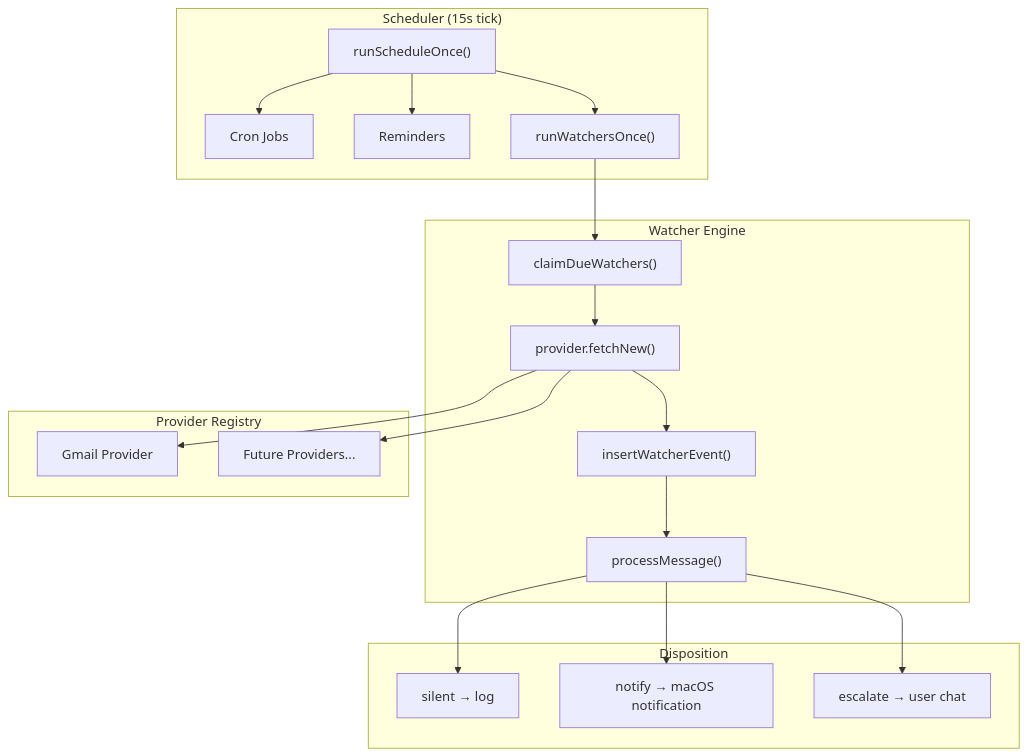
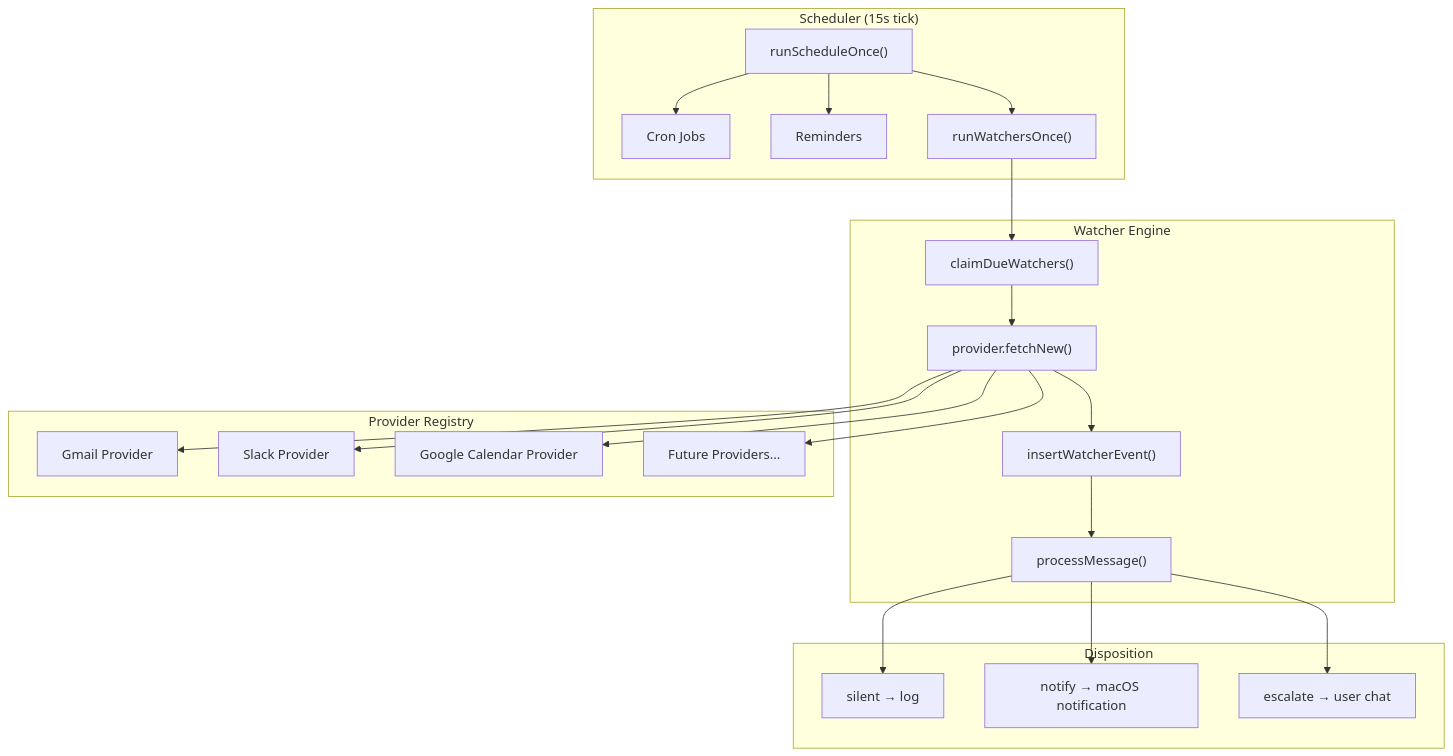
Before and after one commit to vellum-ai/vellum-assistant: diagram 42 of 42 in ARCHITECTURE.md, drawn with Mermaid. The commit also changed other lines of this file and 60 other files, not shown here.

````diff
--- a/ARCHITECTURE.md
+++ b/ARCHITECTURE.md
@@ -2747,40 +2820,44 @@
 ```mermaid
 graph TD
     subgraph "Scheduler (15s tick)"
         TICK["runScheduleOnce()"]
         CRON["Cron Jobs"]
         REMIND["Reminders"]
         WATCH["runWatchersOnce()"]
     end
 
     subgraph "Watcher Engine"
         CLAIM["claimDueWatchers()"]
         POLL["provider.fetchNew()"]
         DEDUP["insertWatcherEvent()"]
         PROCESS["processMessage()"]
     end
 
     subgraph "Provider Registry"
         GMAIL["Gmail Provider"]
+        SLACK_W["Slack Provider"]
+        GCAL["Google Calendar Provider"]
         FUTURE["Future Providers..."]
     end
 
     subgraph "Disposition"
         SILENT["silent → log"]
         NOTIFY["notify → macOS notification"]
         ESCALATE["escalate → user chat"]
     end
 
     TICK --> CRON
     TICK --> REMIND
     TICK --> WATCH
     WATCH --> CLAIM
     CLAIM --> POLL
     POLL --> GMAIL
+    POLL --> SLACK_W
+    POLL --> GCAL
     POLL --> FUTURE
     POLL --> DEDUP
     DEDUP --> PROCESS
     PROCESS --> SILENT
     PROCESS --> NOTIFY
     PROCESS --> ESCALATE
 ```
````
